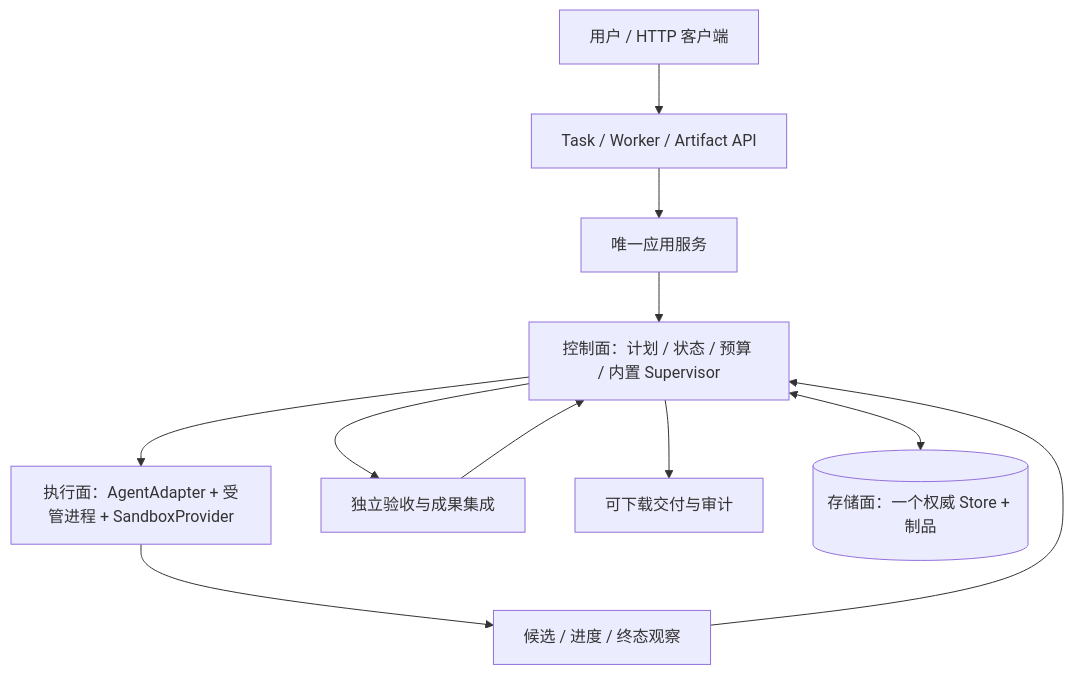
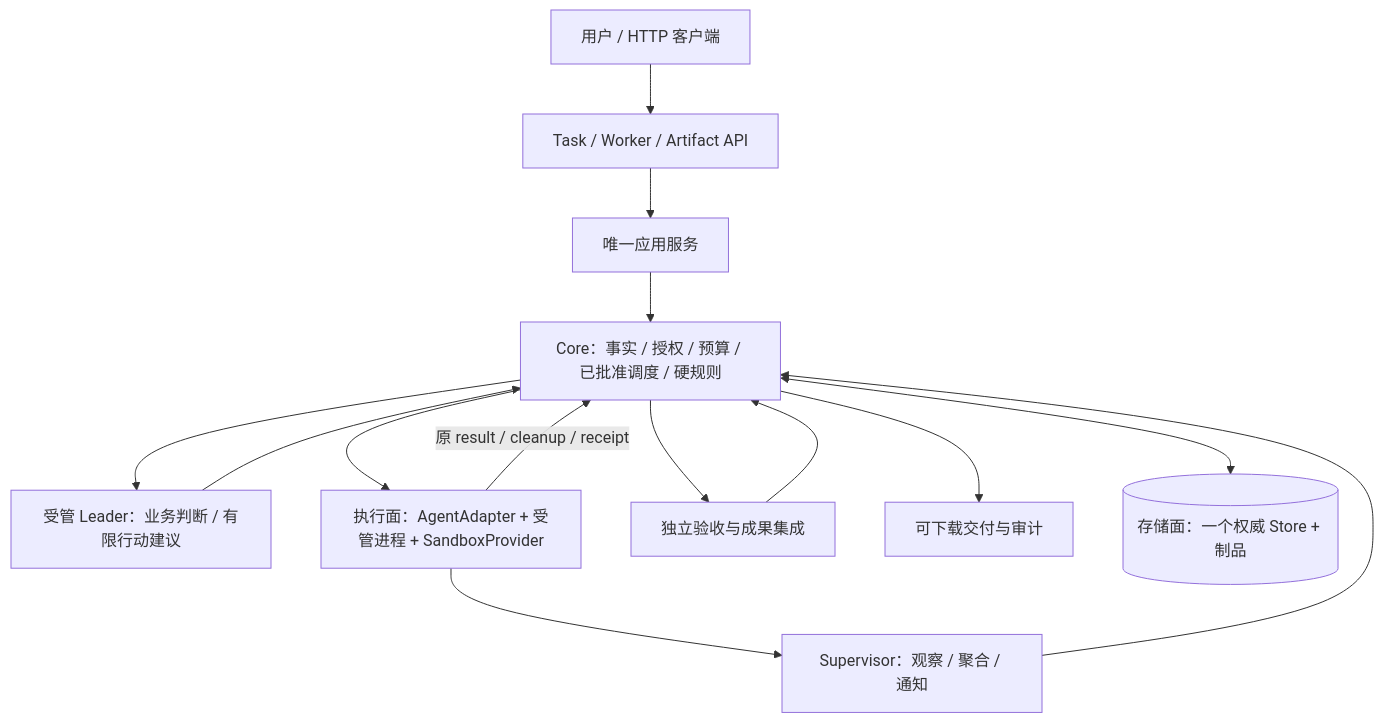
One commit to chiga0/marshal-harness changed the diagram in docs/agent-team-service-architecture.md. Above: the diagram before and after it, drawn with Mermaid. The commit also changed other lines of this file and 15 other files, not shown here.

````diff
--- a/docs/agent-team-service-architecture.md
+++ b/docs/agent-team-service-architecture.md
@@ -46,13 +46,16 @@
 ```mermaid
 flowchart TB
   U[用户 / HTTP 客户端] --> API[Task / Worker / Artifact API]
   API --> APP[唯一应用服务]
-  APP --> CORE[控制面：计划 / 状态 / 预算 / 内置 Supervisor]
+  APP --> CORE[Core：事实 / 授权 / 预算 / 已批准调度 / 硬规则]
+  CORE --> L[受管 Leader：业务判断 / 有限行动建议]
+  L --> CORE
   CORE --> EXEC[执行面：AgentAdapter + 受管进程 + SandboxProvider]
-  EXEC --> C[候选 / 进度 / 终态观察]
+  EXEC --> C[Supervisor：观察 / 聚合 / 通知]
+  EXEC -->|原 result / cleanup / receipt| CORE
   C --> CORE
   CORE --> V[独立验收与成果集成]
   V --> CORE
   CORE --> D[可下载交付与审计]
   CORE <--> STORE[(存储面：一个权威 Store + 制品)]
 ```
````
